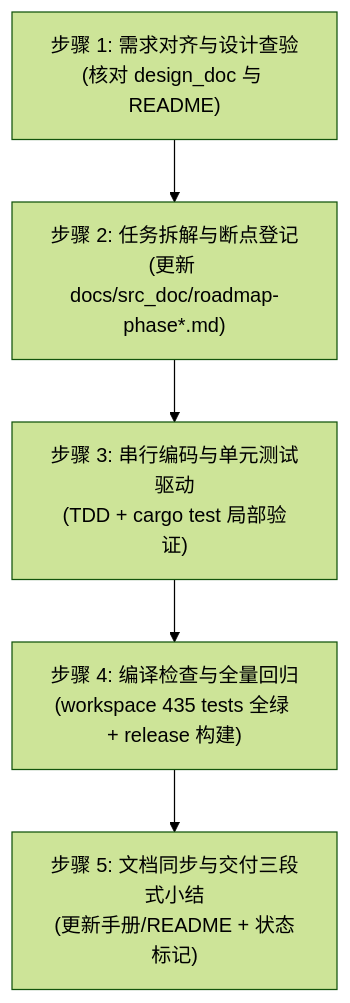
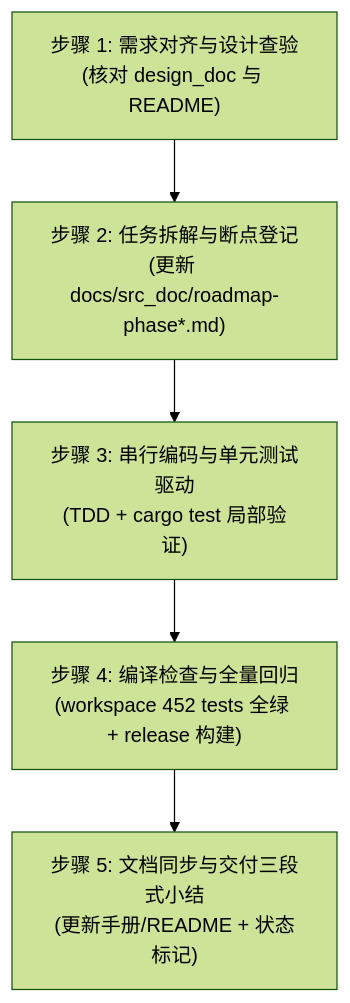
One commit to digoal/agent-body changed the diagram in skills/agent-body-developer/SKILL.md. Above: the diagram before and after it, drawn with Mermaid (forest theme). The commit also changed other lines of this file and 54 other files, not shown here.

````diff
--- a/skills/agent-body-developer/SKILL.md
+++ b/skills/agent-body-developer/SKILL.md
@@ -116,7 +116,7 @@
 ```mermaid
 flowchart TD
     A["步骤 1: 需求对齐与设计查验<br/>(核对 design_doc 与 README)"] --> B["步骤 2: 任务拆解与断点登记<br/>(更新 docs/src_doc/roadmap-phase*.md)"]
     B --> C["步骤 3: 串行编码与单元测试驱动<br/>(TDD + cargo test 局部验证)"]
-    C --> D["步骤 4: 编译检查与全量回归<br/>(workspace 435 tests 全绿 + release 构建)"]
+    C --> D["步骤 4: 编译检查与全量回归<br/>(workspace 452 tests 全绿 + release 构建)"]
     D --> E["步骤 5: 文档同步与交付三段式小结<br/>(更新手册/README + 状态标记)"]
 ```
````
